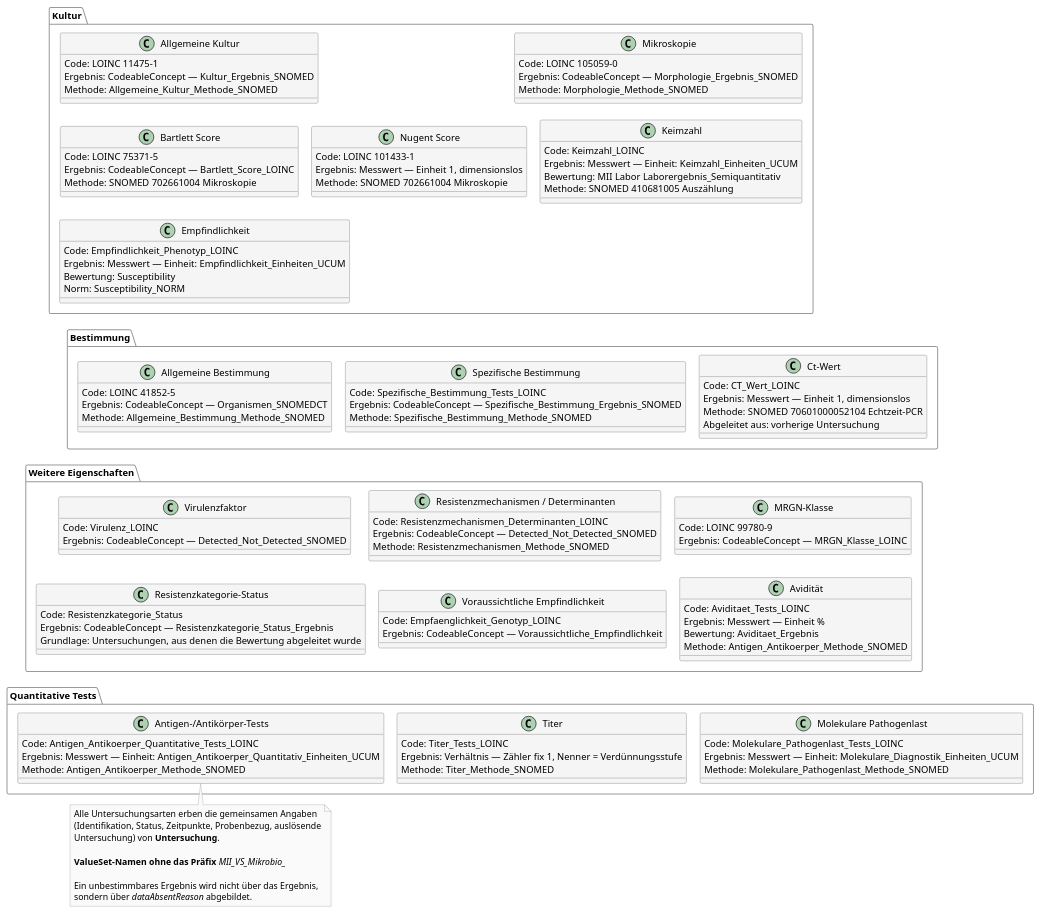
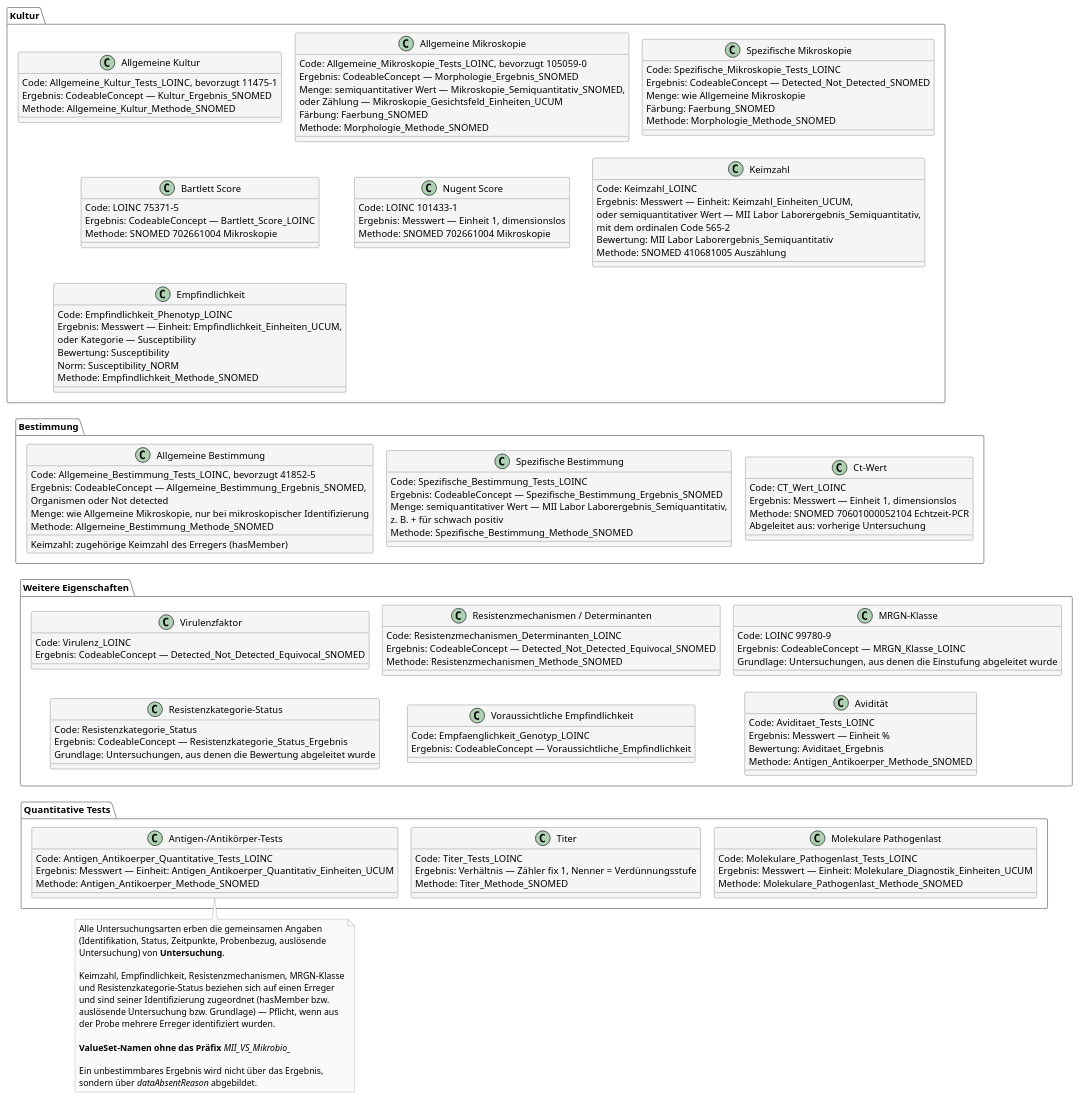
Before and after one commit to medizininformatik-initiative/kerndatensatzmodul-mikrobiologie: the diagram in input/images-source/mii-mikrobio-untersuchungsarten.plantuml, drawn with PlantUML. The commit also changed 7 other files, not shown here.

First line of the commit message:
feat: bring the logical model and UML in line with the ballot changes

```diff
--- a/input/images-source/mii-mikrobio-untersuchungsarten.plantuml
+++ b/input/images-source/mii-mikrobio-untersuchungsarten.plantuml
@@ -36,13 +36,23 @@
 
 package "Kultur" {
   class "Allgemeine Kultur" as AllgemeineKultur {
-    Code: LOINC 11475-1
+    Code: Allgemeine_Kultur_Tests_LOINC, bevorzugt 11475-1
     Ergebnis: CodeableConcept — Kultur_Ergebnis_SNOMED
     Methode: Allgemeine_Kultur_Methode_SNOMED
   }
-  class Mikroskopie {
-    Code: LOINC 105059-0
+  class "Allgemeine Mikroskopie" as AllgemeineMikroskopie {
+    Code: Allgemeine_Mikroskopie_Tests_LOINC, bevorzugt 105059-0
     Ergebnis: CodeableConcept — Morphologie_Ergebnis_SNOMED
+    Menge: semiquantitativer Wert — Mikroskopie_Semiquantitativ_SNOMED,
+           oder Zählung — Mikroskopie_Gesichtsfeld_Einheiten_UCUM
+    Färbung: Faerbung_SNOMED
+    Methode: Morphologie_Methode_SNOMED
+  }
+  class "Spezifische Mikroskopie" as SpezifischeMikroskopie {
+    Code: Spezifische_Mikroskopie_Tests_LOINC
+    Ergebnis: CodeableConcept — Detected_Not_Detected_SNOMED
+    Menge: wie Allgemeine Mikroskopie
+    Färbung: Faerbung_SNOMED
     Methode: Morphologie_Methode_SNOMED
   }
   class "Bartlett Score" as BartlettScore {
@@ -57,34 +67,46 @@
   }
   class Keimzahl {
     Code: Keimzahl_LOINC
-    Ergebnis: Messwert — Einheit: Keimzahl_Einheiten_UCUM
+    Ergebnis: Messwert — Einheit: Keimzahl_Einheiten_UCUM,
+              oder semiquantitativer Wert — MII Labor Laborergebnis_Semiquantitativ,
+              mit dem ordinalen Code 565-2
     Bewertung: MII Labor Laborergebnis_Semiquantitativ
     Methode: SNOMED 410681005 Auszählung
   }
   class Empfindlichkeit {
     Code: Empfindlichkeit_Phenotyp_LOINC
-    Ergebnis: Messwert — Einheit: Empfindlichkeit_Einheiten_UCUM
+    Ergebnis: Messwert — Einheit: Empfindlichkeit_Einheiten_UCUM,
+              oder Kategorie — Susceptibility
     Bewertung: Susceptibility
     Norm: Susceptibility_NORM
+    Methode: Empfindlichkeit_Methode_SNOMED
   }
   ' Zeilen
+  AllgemeineKultur -[hidden]right- AllgemeineMikroskopie
+  AllgemeineMikroskopie -[hidden]right- SpezifischeMikroskopie
   BartlettScore -[hidden]right- NugentScore
   NugentScore -[hidden]right- Keimzahl
   ' Spalten: je eine Kante pro Spalte, sonst wird die naechste Zeile zentriert
   AllgemeineKultur -[hidden]down- BartlettScore
-  Mikroskopie -[hidden]down- Keimzahl
+  AllgemeineMikroskopie -[hidden]down- NugentScore
+  SpezifischeMikroskopie -[hidden]down- Keimzahl
   BartlettScore -[hidden]down- Empfindlichkeit
 }
 
 package "Bestimmung" {
   class "Allgemeine Bestimmung" as AllgemeineBestimmung {
-    Code: LOINC 41852-5
-    Ergebnis: CodeableConcept — Organismen_SNOMEDCT
+    Code: Allgemeine_Bestimmung_Tests_LOINC, bevorzugt 41852-5
+    Ergebnis: CodeableConcept — Allgemeine_Bestimmung_Ergebnis_SNOMED,
+              Organismen oder Not detected
+    Menge: wie Allgemeine Mikroskopie, nur bei mikroskopischer Identifizierung
     Methode: Allgemeine_Bestimmung_Methode_SNOMED
+    Keimzahl: zugehörige Keimzahl des Erregers (hasMember)
   }
   class "Spezifische Bestimmung" as SpezifischeBestimmung {
     Code: Spezifische_Bestimmung_Tests_LOINC
     Ergebnis: CodeableConcept — Spezifische_Bestimmung_Ergebnis_SNOMED
+    Menge: semiquantitativer Wert — MII Labor Laborergebnis_Semiquantitativ,
+           z. B. + für schwach positiv
     Methode: Spezifische_Bestimmung_Methode_SNOMED
   }
   class "Ct-Wert" as CtWert {
@@ -100,16 +122,17 @@
 package "Weitere Eigenschaften" {
   class Virulenzfaktor {
     Code: Virulenz_LOINC
-    Ergebnis: CodeableConcept — Detected_Not_Detected_SNOMED
+    Ergebnis: CodeableConcept — Detected_Not_Detected_Equivocal_SNOMED
   }
   class "Resistenzmechanismen / Determinanten" as Resistenzmechanismen {
     Code: Resistenzmechanismen_Determinanten_LOINC
-    Ergebnis: CodeableConcept — Detected_Not_Detected_SNOMED
+    Ergebnis: CodeableConcept — Detected_Not_Detected_Equivocal_SNOMED
     Methode: Resistenzmechanismen_Methode_SNOMED
   }
   class "MRGN-Klasse" as MRGNKlasse {
     Code: LOINC 99780-9
     Ergebnis: CodeableConcept — MRGN_Klasse_LOINC
+    Grundlage: Untersuchungen, aus denen die Einstufung abgeleitet wurde
   }
   class "Resistenzkategorie-Status" as ResistenzkategorieStatus {
     Code: Resistenzkategorie_Status
@@ -170,6 +193,12 @@
   (Identifikation, Status, Zeitpunkte, Probenbezug, auslösende
   Untersuchung) von **Untersuchung**.
 
+  Keimzahl, Empfindlichkeit, Resistenzmechanismen, MRGN-Klasse
+  und Resistenzkategorie-Status beziehen sich auf einen Erreger
+  und sind seiner Identifizierung zugeordnet (hasMember bzw.
+  auslösende Untersuchung bzw. Grundlage) — Pflicht, wenn aus
+  der Probe mehrere Erreger identifiziert wurden.
+
   **ValueSet-Namen ohne das Präfix** //MII_VS_Mikrobio_//
 
   Ein unbestimmbares Ergebnis wird nicht über das Ergebnis,
```
